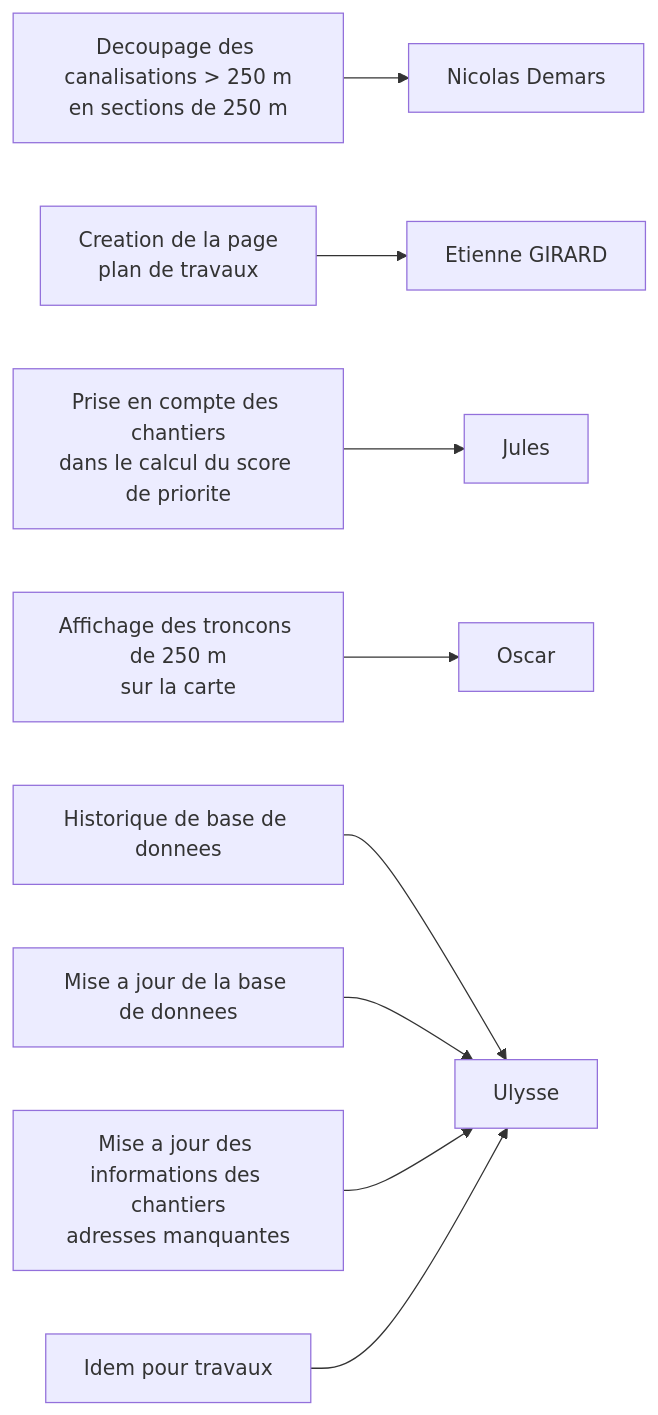
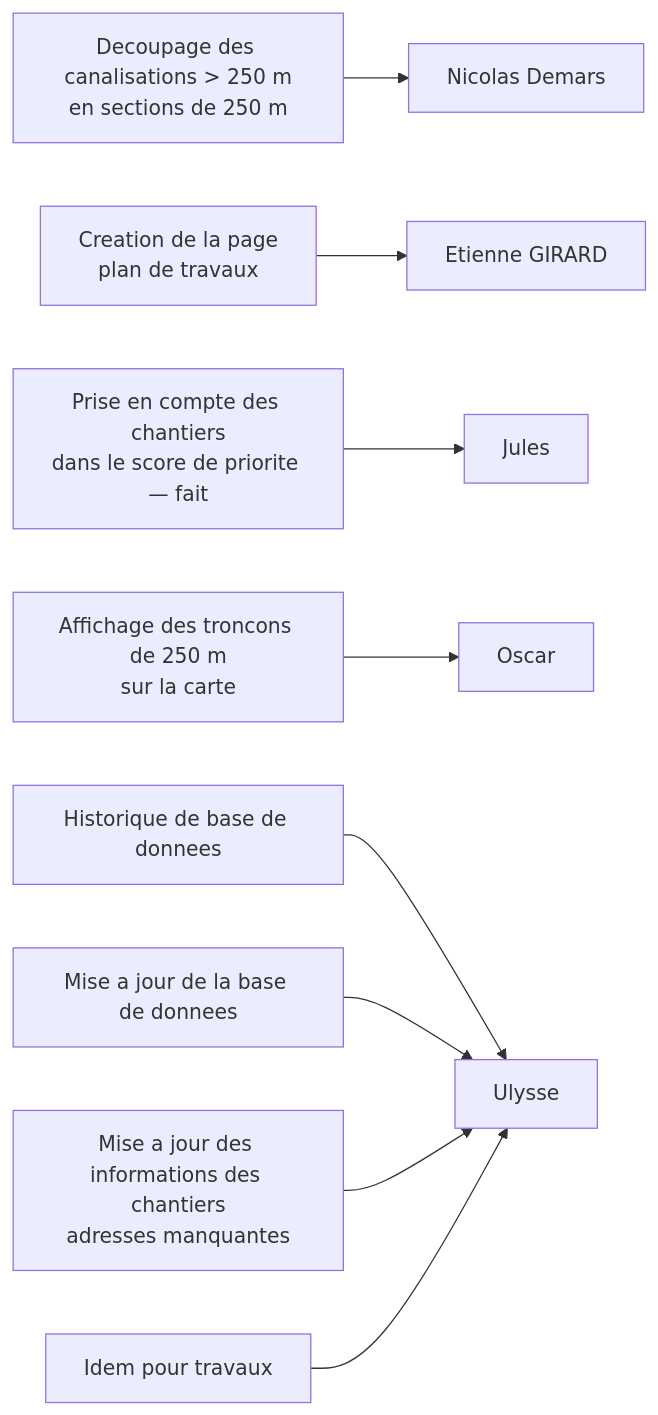
One commit to JulesCinc/RenovTaCana changed the diagram in README.md. Above: the diagram before and after it, drawn with Mermaid. The commit also changed other lines of this file and 3 other files, not shown here.

````diff
--- a/README.md
+++ b/README.md
@@ -202,11 +63,11 @@
 ```mermaid
 flowchart LR
     N1[Decoupage des canalisations > 250 m<br/>en sections de 250 m] --> N[Nicolas Demars]
     E1[Creation de la page<br/>plan de travaux] --> E[Etienne GIRARD]
-    J1[Prise en compte des chantiers<br/>dans le calcul du score de priorite] --> J[Jules]
+    J1[Prise en compte des chantiers<br/>dans le score de priorite — fait] --> J[Jules]
     O1[Affichage des troncons de 250 m<br/>sur la carte] --> O[Oscar]
     U1[Historique de base de donnees] --> U[Ulysse]
     U2[Mise a jour de la base de donnees] --> U
     U3[Mise a jour des informations des chantiers<br/>adresses manquantes] --> U
     U4[Idem pour travaux] --> U
 ```
````
